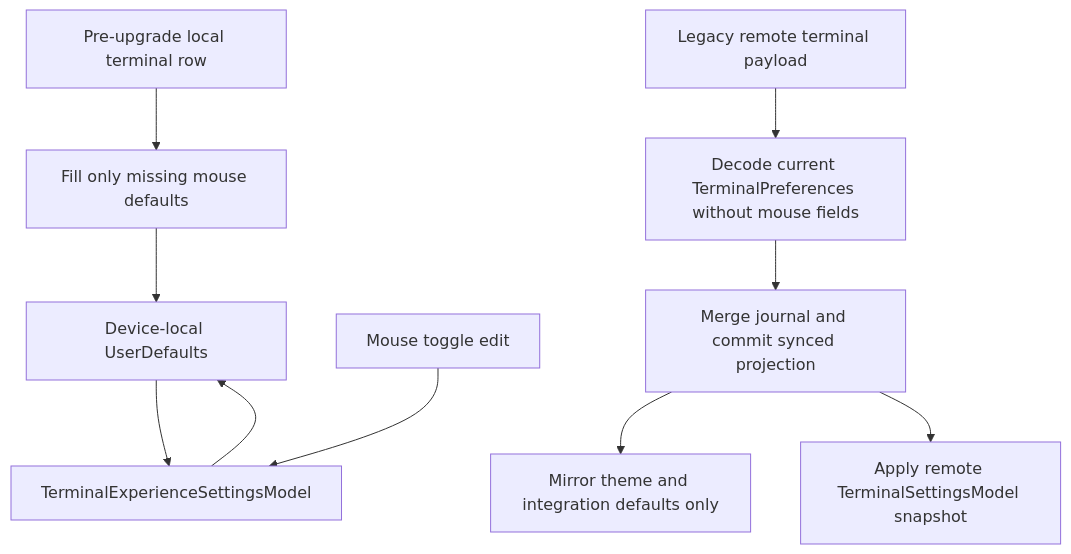
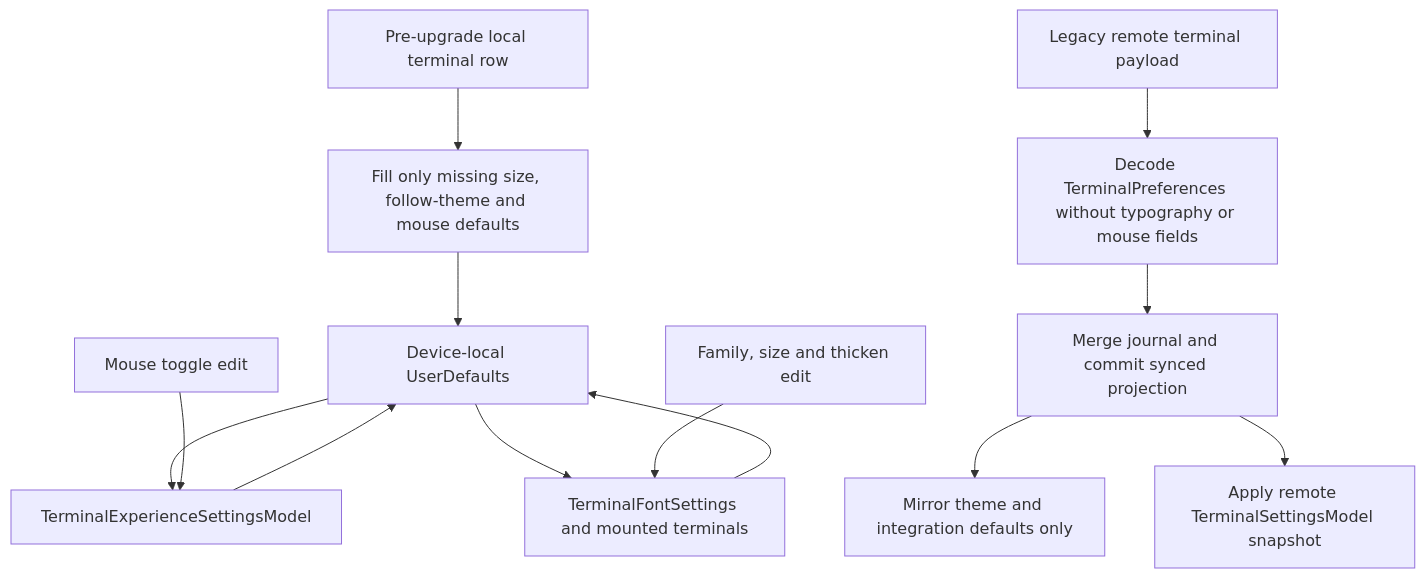
One commit to AkinoKaede/Termind changed the second of 10 diagrams in openwiki/workflows/settings-and-cloud-sync.md. Above: the diagram before and after it, drawn with Mermaid. The commit also changed other lines of this file and 51 other files, not shown here.

````diff
--- a/openwiki/workflows/settings-and-cloud-sync.md
+++ b/openwiki/workflows/settings-and-cloud-sync.md
@@ -237,12 +265,15 @@
 ```mermaid
 flowchart TD
-    LocalRow["Pre-upgrade local terminal row"] --> Migration["Fill only missing mouse defaults"]
+    LocalRow["Pre-upgrade local terminal row"] --> Migration["Fill only missing size, follow-theme and mouse defaults"]
     Migration --> Defaults["Device-local UserDefaults"]
     Defaults --> Experience["TerminalExperienceSettingsModel"]
     MouseEdit["Mouse toggle edit"] --> Experience
     Experience --> Defaults
-    Remote["Legacy remote terminal payload"] --> Decode["Decode current TerminalPreferences without mouse fields"]
+    Defaults --> Font["TerminalFontSettings and mounted terminals"]
+    FontEdit["Family, size and thicken edit"] --> Font
+    Font --> Defaults
+    Remote["Legacy remote terminal payload"] --> Decode["Decode TerminalPreferences without typography or mouse fields"]
     Decode --> Commit["Merge journal and commit synced projection"]
     Commit --> Mirror["Mirror theme and integration defaults only"]
     Commit --> Live["Apply remote TerminalSettingsModel snapshot"]
 ```
````
